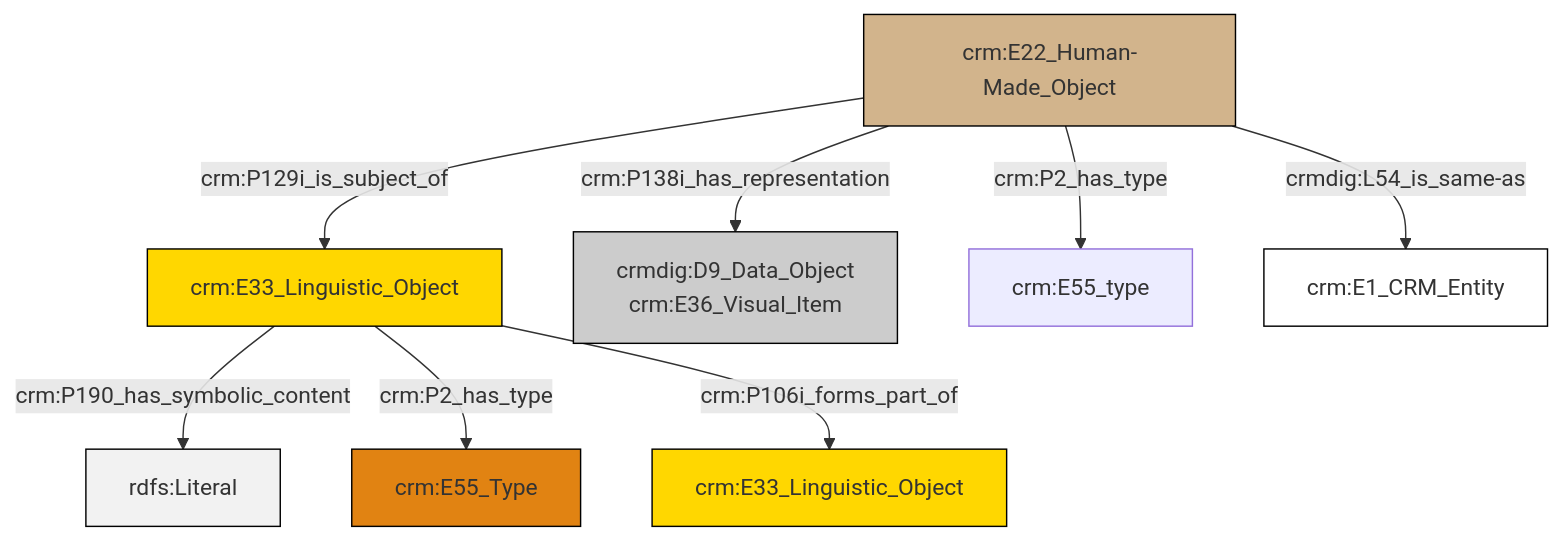
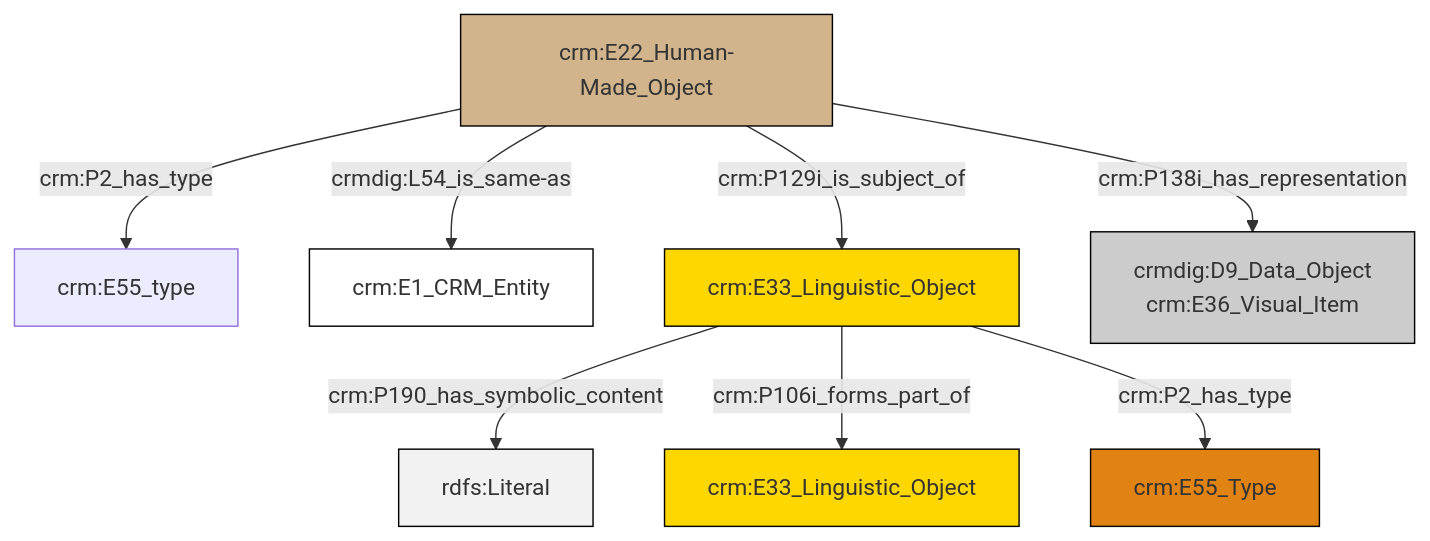
One commit to swiss-art-research-net/reference-data-models changed the diagram in et/artworkCSV/ttl/mmd/Artwork_Documentation.ttl.mmd. Above: the diagram before and after it, drawn with Mermaid. The commit also changed 125 other files, not shown here.

```diff
--- a/et/artworkCSV/ttl/mmd/Artwork_Documentation.ttl.mmd
+++ b/et/artworkCSV/ttl/mmd/Artwork_Documentation.ttl.mmd
@@ -1,22 +1,22 @@
 graph TD
 classDef Literal fill:#f2f2f2,stroke:#000000;
 classDef CRM_Entity fill:#FFFFFF,stroke:#000000;
 classDef Temporal_Entity fill:#00C9E6, stroke:#000000;
 classDef Type fill:#E18312, stroke:#000000;
 classDef Time-Span fill:#2C9C91, stroke:#000000;
 classDef Appellation fill:#FFEB7F, stroke:#000000;
 classDef Place fill:#008836, stroke:#000000;
 classDef Persistent_Item fill:#B266B2, stroke:#000000;
 classDef Conceptual_Object fill:#FFD700, stroke:#000000;
 classDef Physical_Thing fill:#D2B48C, stroke:#000000;
 classDef Actor fill:#f58aad, stroke:#000000;
 classDef PC_Classes fill:#4ce600, stroke:#000000;
 classDef Multi fill:#cccccc,stroke:#000000;
 
-2["crm:E22_Human-Made_Object"]:::Physical_Thing -->|crm:P138i_has_representation| 3["crmdig:D9_Data_Object<br>crm:E36_Visual_Item"]:::Multi
-2["crm:E22_Human-Made_Object"]:::Physical_Thing -->|crm:P2_has_type| 4["crm:E55_type"]:::Default
-0["crm:E33_Linguistic_Object"]:::Conceptual_Object -->|crm:P190_has_symbolic_content| 5[rdfs:Literal]:::Literal
-2["crm:E22_Human-Made_Object"]:::Physical_Thing -->|crm:P129i_is_subject_of| 0["crm:E33_Linguistic_Object"]:::Conceptual_Object
-0["crm:E33_Linguistic_Object"]:::Conceptual_Object -->|crm:P2_has_type| 7["crm:E55_Type"]:::Type
-0["crm:E33_Linguistic_Object"]:::Conceptual_Object -->|crm:P106i_forms_part_of| 10["crm:E33_Linguistic_Object"]:::Conceptual_Object
-2["crm:E22_Human-Made_Object"]:::Physical_Thing -->|crmdig:L54_is_same-as| 15["crm:E1_CRM_Entity"]:::CRM_Entity
+0["crm:E22_Human-Made_Object"]:::Physical_Thing -->|crm:P2_has_type| 2["crm:E55_type"]:::Default
+0["crm:E22_Human-Made_Object"]:::Physical_Thing -->|crmdig:L54_is_same-as| 4["crm:E1_CRM_Entity"]:::CRM_Entity
+0["crm:E22_Human-Made_Object"]:::Physical_Thing -->|crm:P129i_is_subject_of| 5["crm:E33_Linguistic_Object"]:::Conceptual_Object
+0["crm:E22_Human-Made_Object"]:::Physical_Thing -->|crm:P138i_has_representation| 6["crmdig:D9_Data_Object<br>crm:E36_Visual_Item"]:::Multi
+5["crm:E33_Linguistic_Object"]:::Conceptual_Object -->|crm:P190_has_symbolic_content| 13[rdfs:Literal]:::Literal
+5["crm:E33_Linguistic_Object"]:::Conceptual_Object -->|crm:P106i_forms_part_of| 10["crm:E33_Linguistic_Object"]:::Conceptual_Object
+5["crm:E33_Linguistic_Object"]:::Conceptual_Object -->|crm:P2_has_type| 8["crm:E55_Type"]:::Type
```
